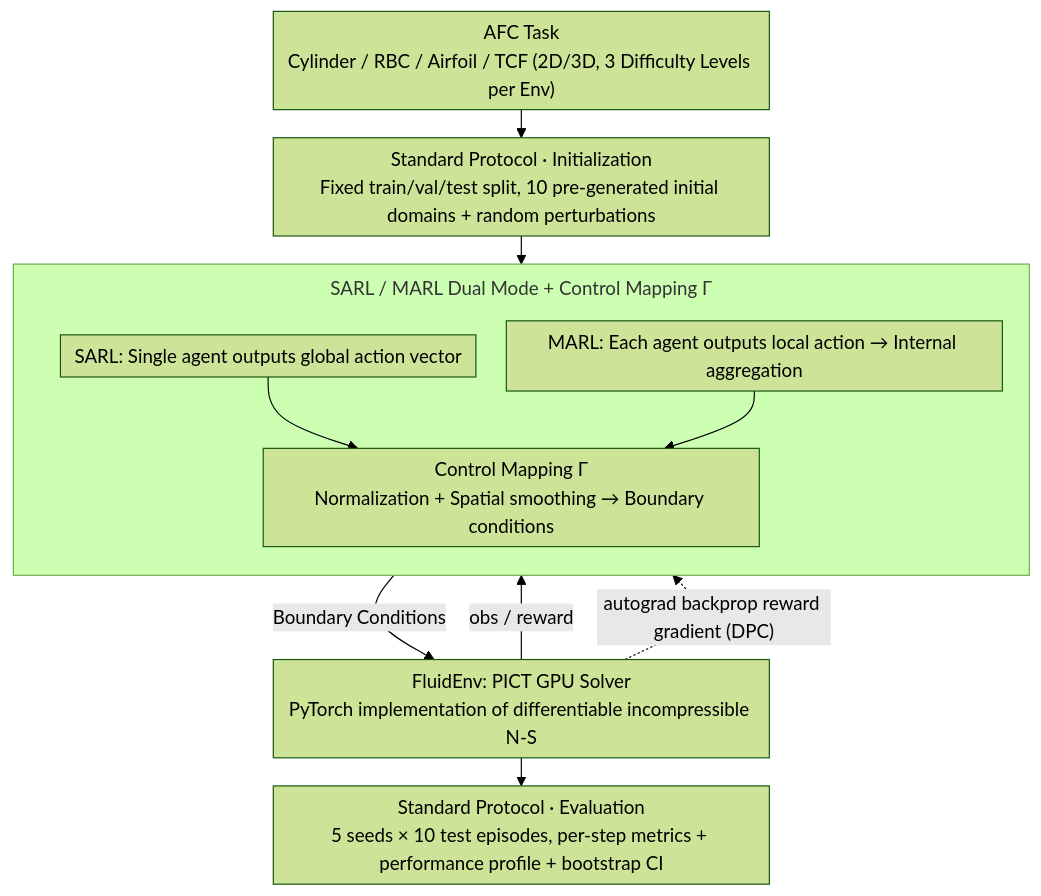
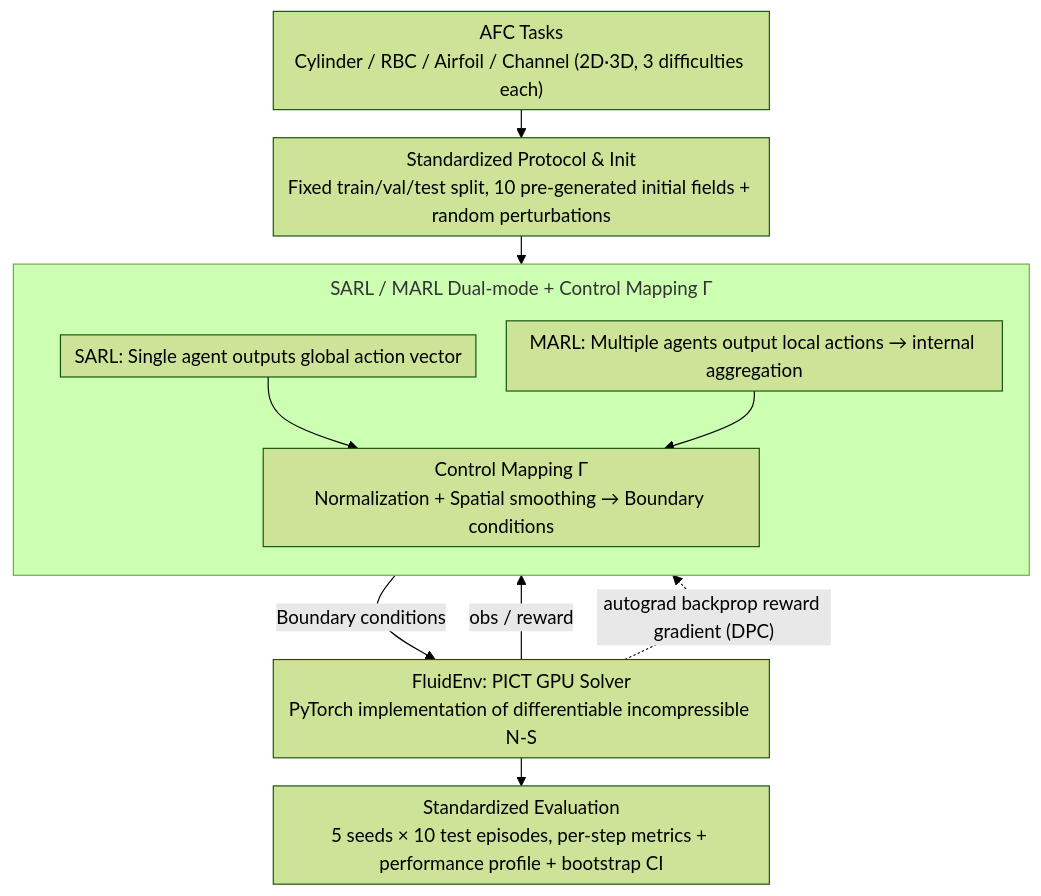
One commit to zhaoyang97/Paper-Notes-en changed the diagram in docs/ICML2026/reinforcement_learning/plug-and-play_benchmarking_of_reinforcement_learning_algorithms_for_large-scale_.md. Above: the diagram before and after it, drawn with Mermaid (forest theme). The commit also changed other lines of this file and 5084 other files, not shown here.

````diff
--- a/docs/ICML2026/reinforcement_learning/plug-and-play_benchmarking_of_reinforcement_learning_algorithms_for_large-scale_.md
+++ b/docs/ICML2026/reinforcement_learning/plug-and-play_benchmarking_of_reinforcement_learning_algorithms_for_large-scale_.md
@@ -44,22 +44,22 @@
 ```mermaid
 %%{init: {'flowchart': {'rankSpacing': 24, 'nodeSpacing': 26, 'padding': 6, 'wrappingWidth': 400, 'subGraphTitleMargin': {'top': 8, 'bottom': 16}}}}%%
 flowchart TD
-    P["AFC Task<br/>Cylinder / RBC / Airfoil / TCF (2D/3D, 3 Difficulty Levels per Env)"]
-    P --> RESET["Standard Protocol · Initialization<br/>Fixed train/val/test split, 10 pre-generated initial domains + random perturbations"]
+    P["AFC Tasks<br/>Cylinder / RBC / Airfoil / Channel (2D·3D, 3 difficulties each)"]
+    P --> RESET["Standardized Protocol & Init<br/>Fixed train/val/test split, 10 pre-generated initial fields + random perturbations"]
 
-    subgraph MODE["SARL / MARL Dual Mode + Control Mapping Γ"]
+    subgraph MODE["SARL / MARL Dual-mode + Control Mapping Γ"]
         direction TB
         SARL["SARL: Single agent outputs global action vector"]
-        MARL["MARL: Each agent outputs local action → Internal aggregation"]
+        MARL["MARL: Multiple agents output local actions → internal aggregation"]
         GAMMA["Control Mapping Γ<br/>Normalization + Spatial smoothing → Boundary conditions"]
         SARL --> GAMMA
         MARL --> GAMMA
     end
     RESET --> MODE
 
-    MODE -->|Boundary Conditions| ENV["FluidEnv: PICT GPU Solver<br/>PyTorch implementation of differentiable incompressible N-S"]
+    MODE -->|Boundary conditions| ENV["FluidEnv: PICT GPU Solver<br/>PyTorch implementation of differentiable incompressible N-S"]
     ENV -->|"obs / reward"| MODE
     ENV -.->|"autograd backprop reward gradient (DPC)"| MODE
 
-    ENV --> EVAL["Standard Protocol · Evaluation<br/>5 seeds × 10 test episodes, per-step metrics + performance profile + bootstrap CI"]
+    ENV --> EVAL["Standardized Evaluation<br/>5 seeds × 10 test episodes, per-step metrics + performance profile + bootstrap CI"]
 ```
````
